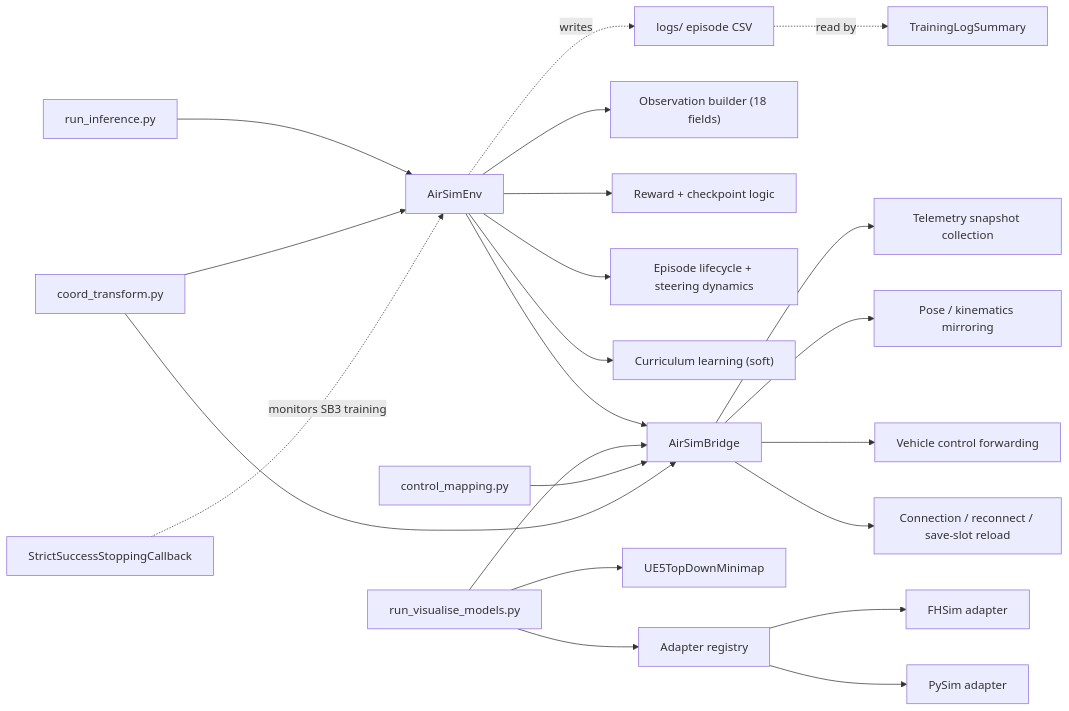
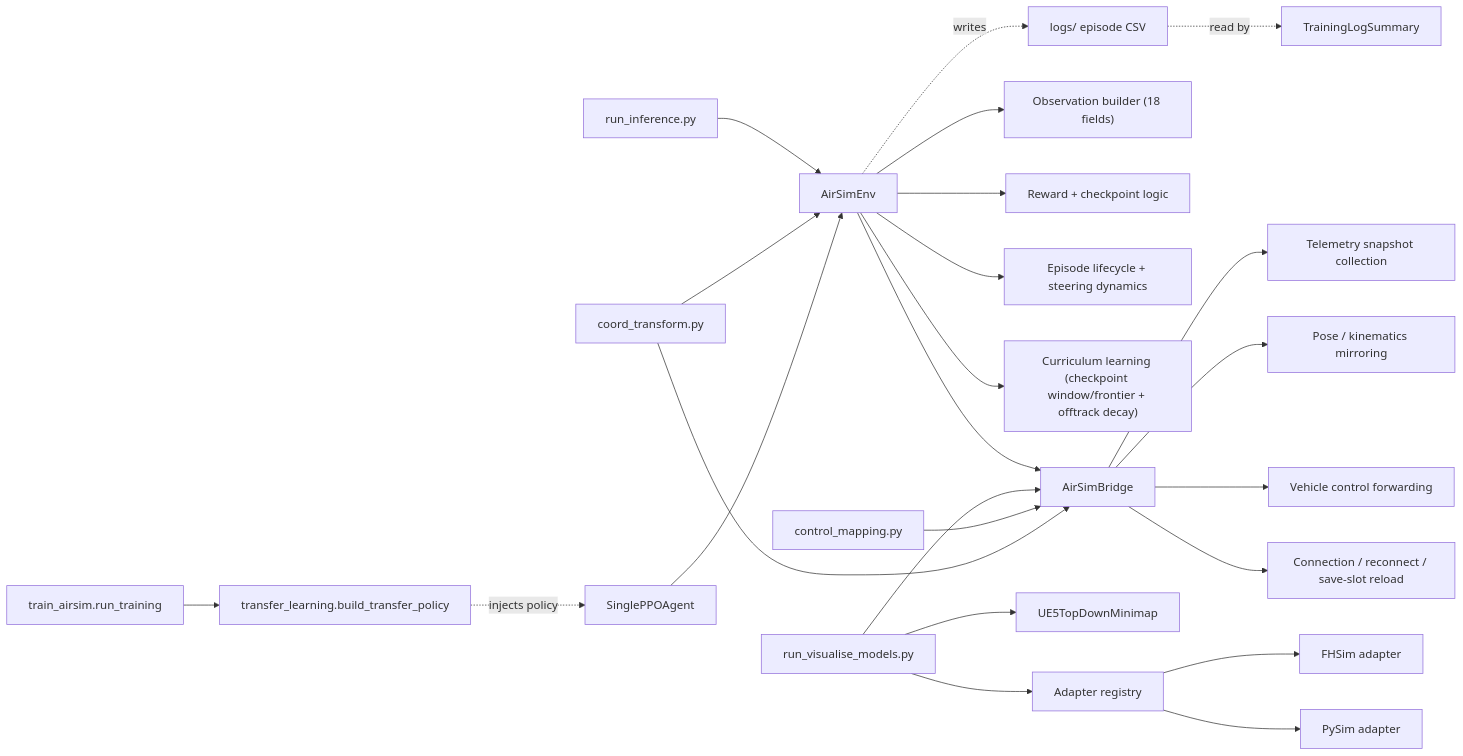
The third of 6 diagrams in docs/airsim_architecture.md (UAntwerpM4S/RudoLF), drawn with Mermaid before and after one commit. The commit also changed other lines of this file and 12 other files, not shown here.

Commit message:
sprint 10-12 first final version: add transfer learning, stability tests, cosysairsim package, and config/doc overhaul

````diff
--- a/docs/airsim_architecture.md
+++ b/docs/airsim_architecture.md
@@ -92,28 +94,31 @@
 ```mermaid
 flowchart LR
     A["AirSimBridge"] --> B["Connection / reconnect / save-slot reload"]
     A --> C["Vehicle control forwarding"]
     A --> D["Pose / kinematics mirroring"]
     A --> E["Telemetry snapshot collection"]
 
     F["AirSimEnv"] --> G["Observation builder (18 fields)"]
     F --> H["Reward + checkpoint logic"]
     F --> I["Episode lifecycle + steering dynamics"]
-    F --> J["Curriculum learning (soft)"]
+    F --> J["Curriculum learning (checkpoint window/frontier + offtrack decay)"]
     F --> A
 
     K["run_inference.py"] --> F
     L["run_visualise_models.py"] --> M["Adapter registry"]
     M --> N["PySim adapter"]
     M --> O["FHSim adapter"]
     L --> A
     L --> P["UE5TopDownMinimap"]
 
     Q["control_mapping.py"] --> A
     R["coord_transform.py"] --> A
     R --> F
 
-    S["StrictSuccessStoppingCallback"] -.->|monitors SB3 training| F
+    TA["train_airsim.run_training"] --> TL2["transfer_learning.build_transfer_policy"]
+    TL2 -.->|injects policy| SA["SinglePPOAgent"]
+    SA --> F
+
     U["logs/ episode CSV"] -.->|read by| T["TrainingLogSummary"]
     F -.->|writes| U
 ```
````
